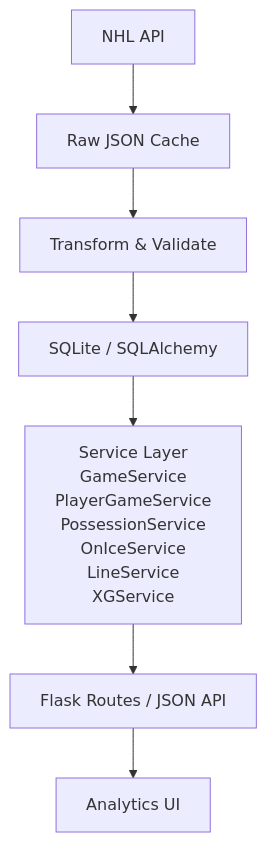
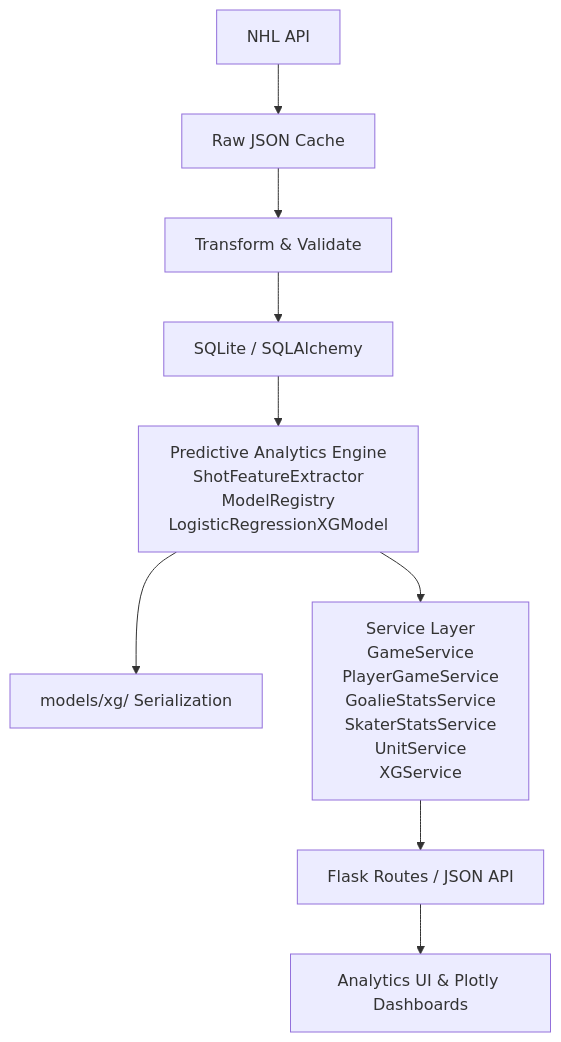
Before and after one commit to david-turnbull/Hockey-game-analyzer: the diagram in README.md, drawn with Mermaid. The commit also changed other lines of this file and 29 other files, not shown here.

Commit message:
Adding in improved analytics model for xG

````diff
--- a/README.md
+++ b/README.md
@@ -73,9 +77,11 @@
 ```mermaid
 flowchart TD
     A[NHL API] --> B[Raw JSON Cache]
     B --> C[Transform & Validate]
     C --> D[SQLite / SQLAlchemy]
-    D --> E["Service Layer<br/>GameService<br/>PlayerGameService<br/>PossessionService<br/>OnIceService<br/>LineService<br/>XGService"]
-    E --> F[Flask Routes / JSON API]
-    F --> G[Analytics UI]
+    D --> E["Predictive Analytics Engine<br/>ShotFeatureExtractor<br/>ModelRegistry<br/>LogisticRegressionXGModel"]
+    E --> F[models/xg/ Serialization]
+    E --> G["Service Layer<br/>GameService<br/>PlayerGameService<br/>GoalieStatsService<br/>SkaterStatsService<br/>UnitService<br/>XGService"]
+    G --> H[Flask Routes / JSON API]
+    H --> I[Analytics UI & Plotly Dashboards]
 ```
````
